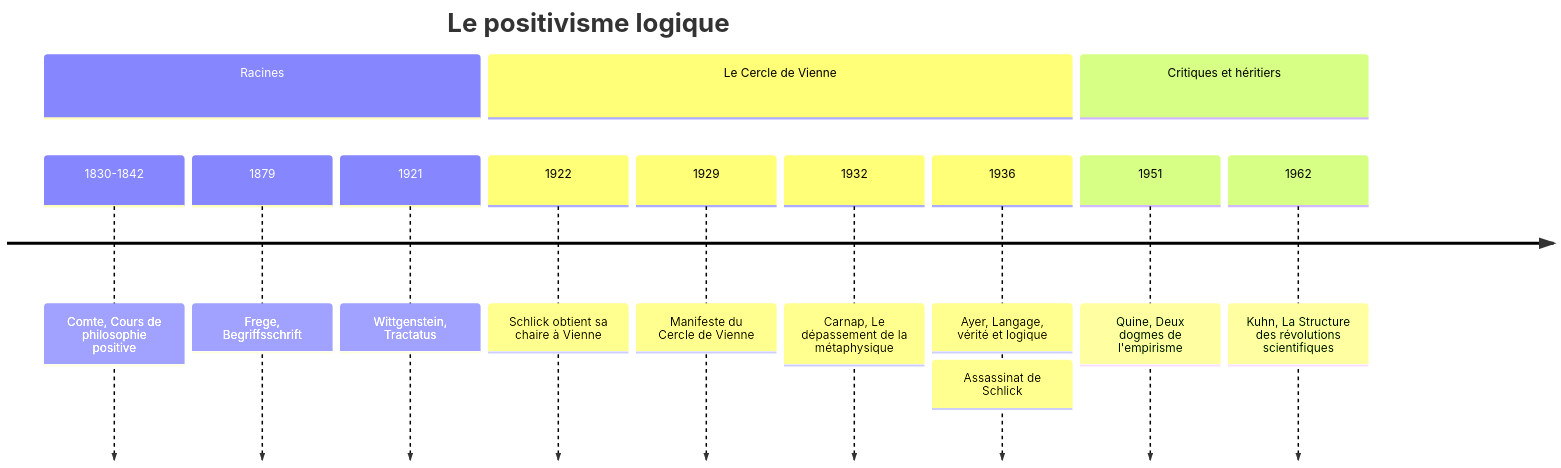
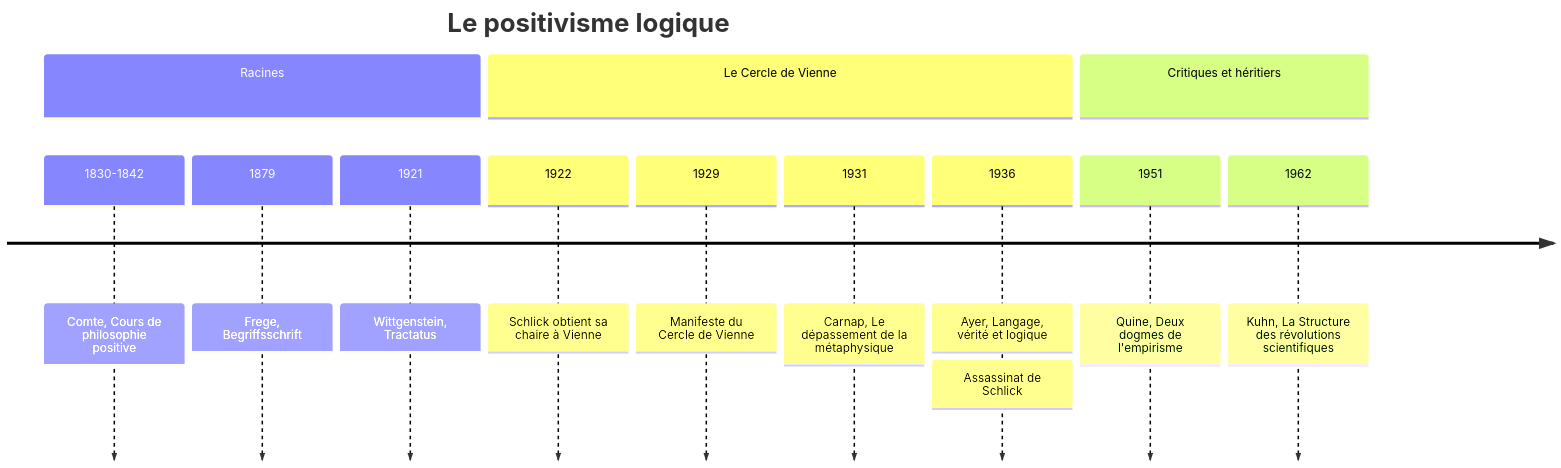
Before and after one commit to rwmicro/pensine: the diagram in Social Sciences/Philosophy/Courants & Écoles/Positivisme Logique.md, drawn with Mermaid. The commit also changed 23 other files, not shown here.

````diff
--- a/Social Sciences/Philosophy/Courants & Écoles/Positivisme Logique.md
+++ b/Social Sciences/Philosophy/Courants & Écoles/Positivisme Logique.md
@@ -15,16 +15,16 @@
 ```mermaid
 timeline
     title Le positivisme logique
     section Racines
         1830-1842 : Comte, Cours de philosophie positive
         1879 : Frege, Begriffsschrift
         1921 : Wittgenstein, Tractatus
     section Le Cercle de Vienne
         1922 : Schlick obtient sa chaire à Vienne
         1929 : Manifeste du Cercle de Vienne
-        1932 : Carnap, Le dépassement de la métaphysique
+        1931 : Carnap, Le dépassement de la métaphysique
         1936 : Ayer, Langage, vérité et logique : Assassinat de Schlick
     section Critiques et héritiers
         1951 : Quine, Deux dogmes de l'empirisme
         1962 : Kuhn, La Structure des révolutions scientifiques
 ```
````
